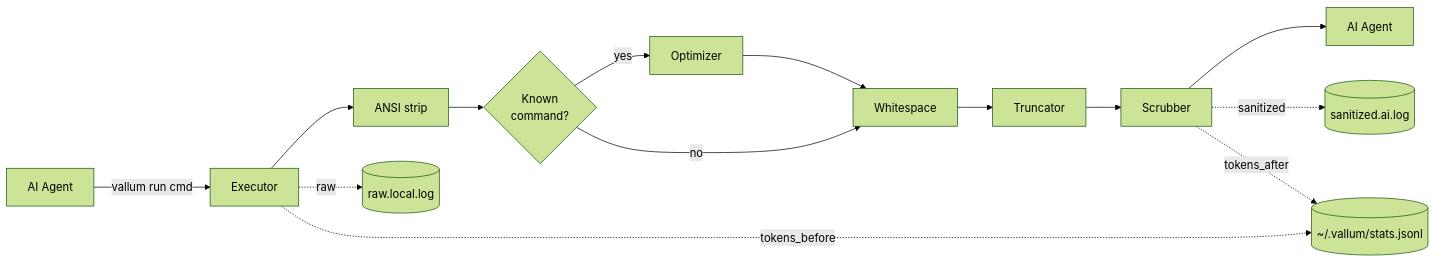
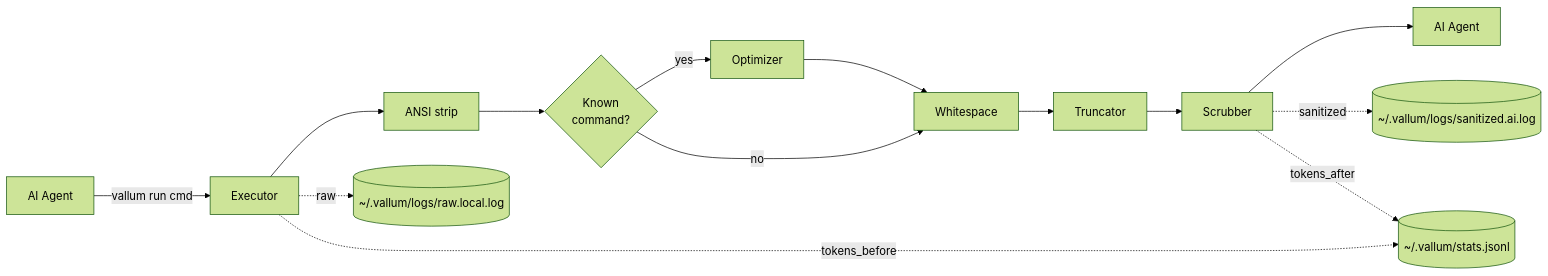
Before and after one commit to kahramanemir/Vallum: the diagram in README.md, drawn with Mermaid (forest theme). The commit also changed other lines of this file and 16 other files, not shown here.

````diff
--- a/README.md
+++ b/README.md
@@ -19,16 +19,16 @@
 ```mermaid
 flowchart LR
     A[AI Agent] -->|vallum run cmd| B[Executor]
     B --> C[ANSI strip]
     C --> D{Known<br/>command?}
     D -->|yes| E[Optimizer]
     D -->|no| F[Whitespace]
     E --> F
     F --> G[Truncator]
     G --> H[Scrubber]
     H --> I[AI Agent]
-    B -. raw .-> J[(raw.local.log)]
-    H -. sanitized .-> K[(sanitized.ai.log)]
+    B -. raw .-> J[(~/.vallum/logs/raw.local.log)]
+    H -. sanitized .-> K[(~/.vallum/logs/sanitized.ai.log)]
     B -.->|tokens_before| L[(~/.vallum/stats.jsonl)]
     H -.->|tokens_after| L
 ```
````
